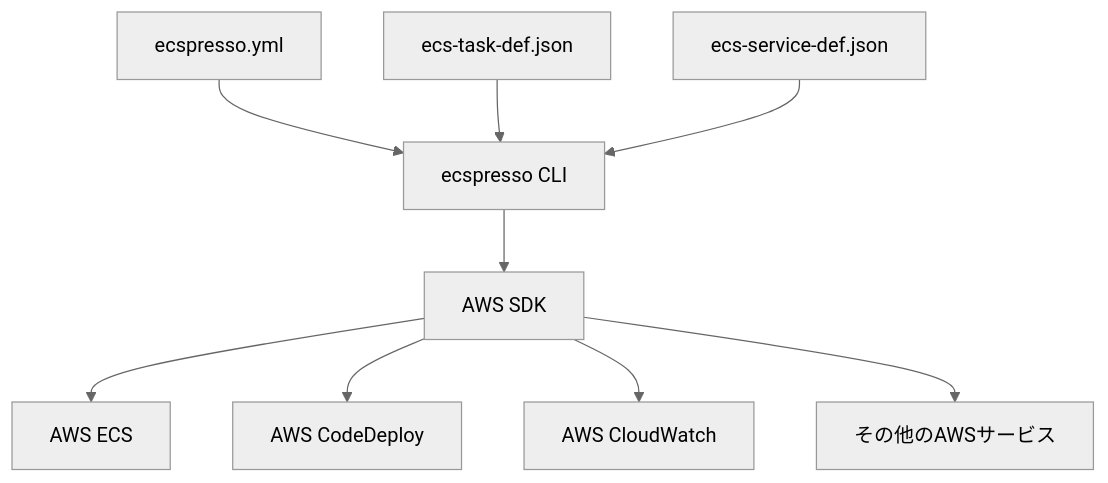
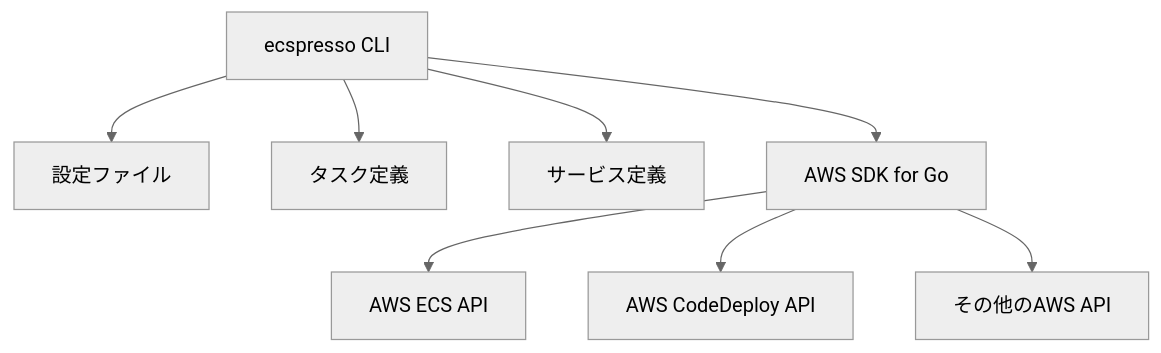
Before and after one commit to bufferings/devin-docs: the first of 2 diagrams in ecspresso/introduction/about.md, drawn with Mermaid (neutral theme). The commit also changed other lines of this file and 29 other files, not shown here.

````diff
--- a/ecspresso/introduction/about.md
+++ b/ecspresso/introduction/about.md
@@ -25,11 +26,10 @@
 ```mermaid
 graph TD
-    A[ecspresso.yml] --> B[ecspresso CLI]
-    C[ecs-task-def.json] --> B
-    D[ecs-service-def.json] --> B
-    B --> E[AWS SDK]
-    E --> F[AWS ECS]
-    E --> G[AWS CodeDeploy]
-    E --> H[AWS CloudWatch]
-    E --> I[その他のAWSサービス]
+    A[ecspresso CLI] --> B[設定ファイル]
+    A --> C[タスク定義]
+    A --> D[サービス定義]
+    A --> E[AWS SDK for Go]
+    E --> F[AWS ECS API]
+    E --> G[AWS CodeDeploy API]
+    E --> H[その他のAWS API]
 ```
````
